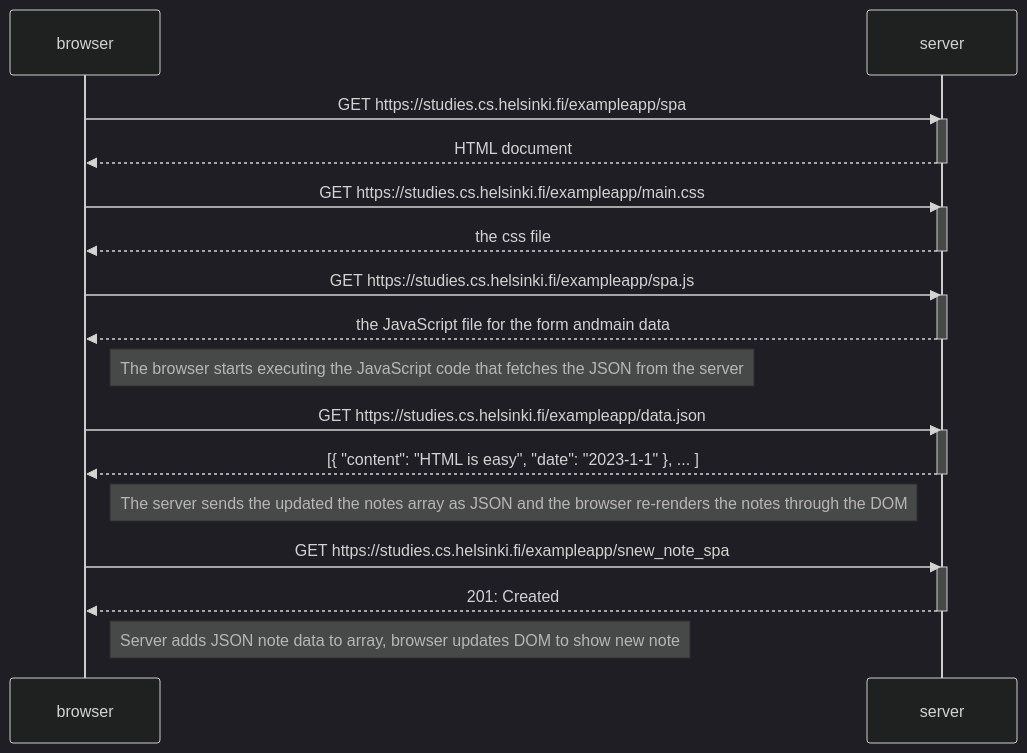
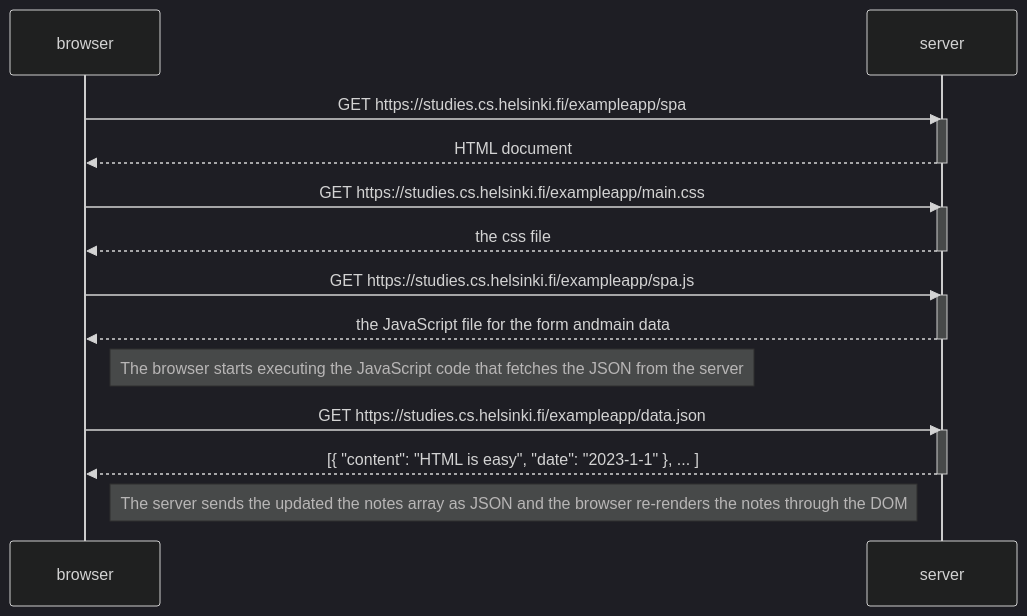
The diagram in Part0/SPADiagram.mmd (kevinctofel/FullStackOpen), drawn with Mermaid (dark theme) before and after one commit.

Commit message:
Update SPADiagram.mmd
Removed new note activites

```diff
--- a/Part0/SPADiagram.mmd
+++ b/Part0/SPADiagram.mmd
@@ -1,34 +1,27 @@
 sequenceDiagram
     participant browser
     participant server
 
     browser->>server: GET https://studies.cs.helsinki.fi/exampleapp/spa
     activate server
     server-->>browser: HTML document
     deactivate server
 
     browser->>server: GET https://studies.cs.helsinki.fi/exampleapp/main.css
     activate server
     server-->>browser: the css file
     deactivate server
 
     browser->>server: GET https://studies.cs.helsinki.fi/exampleapp/spa.js
     activate server
     server-->>browser: the JavaScript file for the form andmain data
     deactivate server
 
     Note right of browser: The browser starts executing the JavaScript code that fetches the JSON from the server
 
     browser->>server: GET https://studies.cs.helsinki.fi/exampleapp/data.json
     activate server
     server-->>browser: [{ "content": "HTML is easy", "date": "2023-1-1" }, ... ]
     deactivate server
 
     Note right of browser: The server sends the updated the notes array as JSON and the browser re-renders the notes through the DOM
-
-    browser->>server: GET https://studies.cs.helsinki.fi/exampleapp/snew_note_spa
-    activate server
-    server-->>browser: 201: Created
-    deactivate server
-
-    Note right of browser: Server adds JSON note data to array, browser updates DOM to show new note
```
